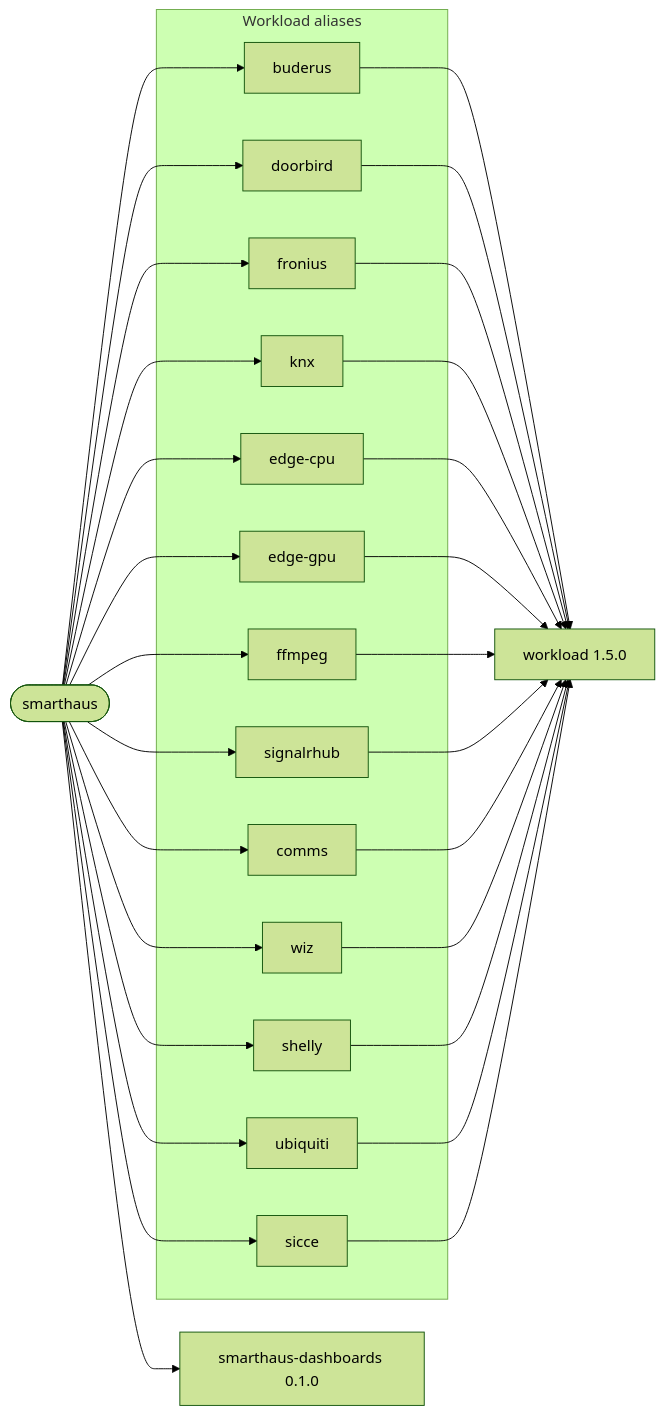
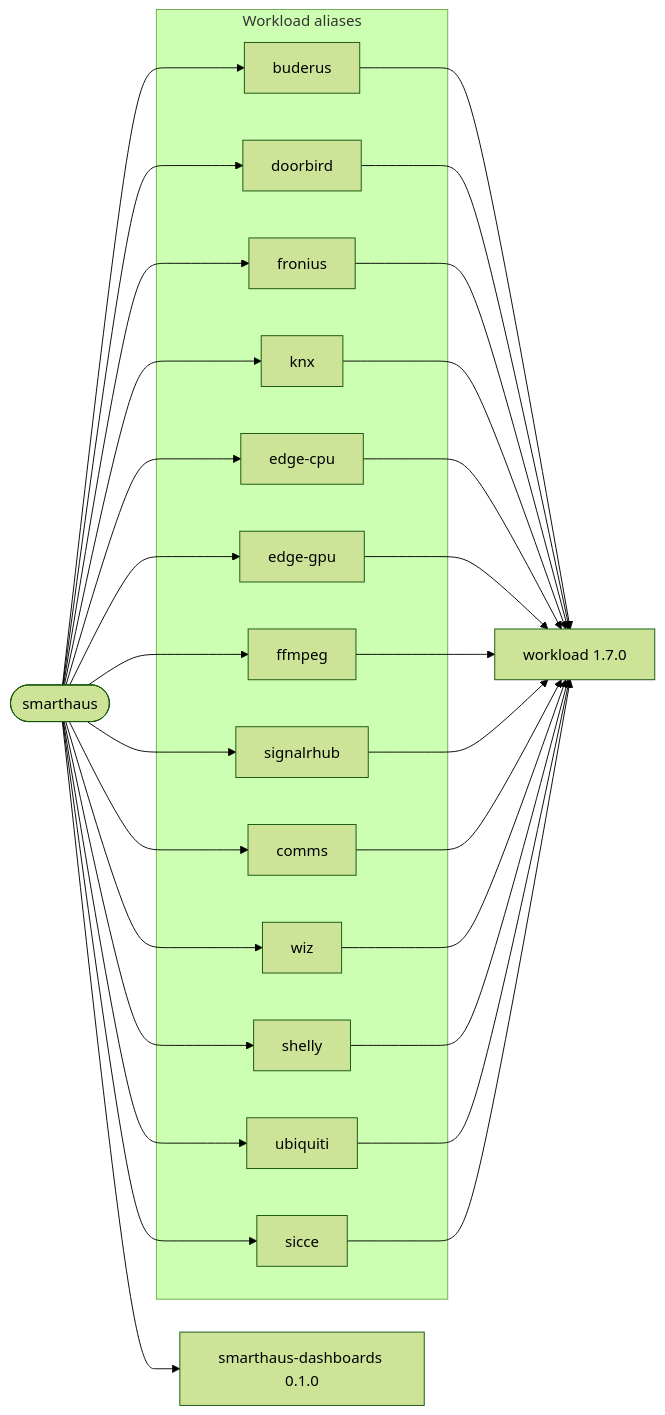
Before and after one commit to f2calv/SmartHaus: the diagram in charts/smarthaus/README.md, drawn with Mermaid (forest theme). The commit also changed other lines of this file and 22 other files, not shown here.

````diff
--- a/charts/smarthaus/README.md
+++ b/charts/smarthaus/README.md
@@ -14,30 +14,30 @@
 ```mermaid
 graph LR
   SmartHaus([smarthaus])
-  Workload[workload 1.5.0]
+  Workload[workload 1.7.0]
   Dashboards[smarthaus-dashboards 0.1.0]
 
   subgraph Aliases[Workload aliases]
     Buderus[buderus]
     DoorBird[doorbird]
     Fronius[fronius]
     Knx[knx]
     EdgeCpu[edge-cpu]
     EdgeGpu[edge-gpu]
     Ffmpeg[ffmpeg]
     SignalRHub[signalrhub]
     Comms[comms]
     Wiz[wiz]
     Shelly[shelly]
     Ubiquiti[ubiquiti]
     Sicce[sicce]
   end
 
   SmartHaus --> Buderus & DoorBird & Fronius & Knx
   SmartHaus --> Dashboards
   SmartHaus --> EdgeCpu & EdgeGpu & Ffmpeg
   SmartHaus --> SignalRHub & Comms & Wiz & Shelly & Ubiquiti & Sicce
   Buderus & DoorBird & Fronius & Knx --> Workload
   EdgeCpu & EdgeGpu & Ffmpeg --> Workload
   SignalRHub & Comms & Wiz & Shelly & Ubiquiti & Sicce --> Workload
 ```
````
